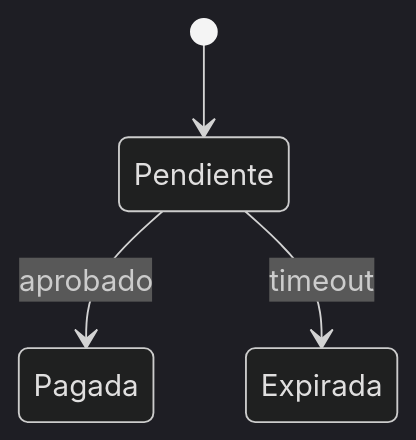
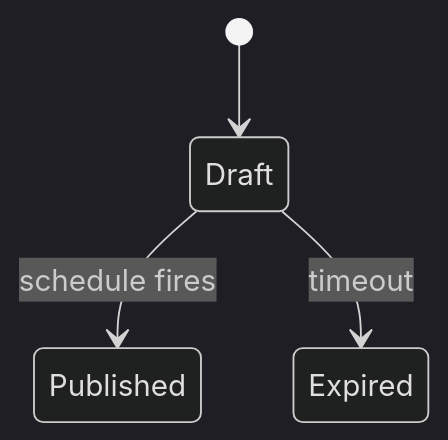
Before and after one commit to samosunaz/agent-skills: the third of 3 diagrams in plugins/samuel/reference/feature-dossier.md, drawn with Mermaid (dark theme). The commit also changed other lines of this file and 19 other files, not shown here.

````diff
--- a/plugins/samuel/reference/feature-dossier.md
+++ b/plugins/samuel/reference/feature-dossier.md
@@ -112,6 +112,6 @@
 ```mermaid
 stateDiagram-v2
-    [*] --> Pendiente
-    Pendiente --> Pagada: aprobado
-    Pendiente --> Expirada: timeout
+    [*] --> Draft
+    Draft --> Published: schedule fires
+    Draft --> Expired: timeout
 ```
````
